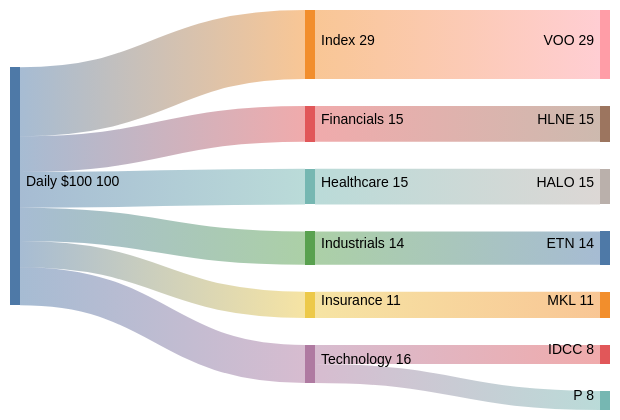
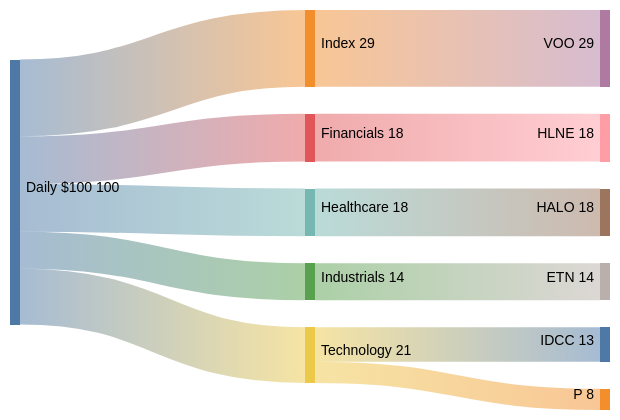
Before and after one commit to CynicDog/investment: the diagram in portfolio/dashboards/dca-flow.md, drawn with Mermaid (forest theme).

Commit message:
chore(dashboards): regenerate from 8db337d

````diff
--- a/portfolio/dashboards/dca-flow.md
+++ b/portfolio/dashboards/dca-flow.md
@@ -5,21 +5,19 @@
 ```mermaid
 ---
 config:
   sankey:
     showValues: true
 ---
 sankey-beta
 Daily $100,Index,29
-Daily $100,Financials,15
-Daily $100,Healthcare,15
+Daily $100,Financials,18
+Daily $100,Healthcare,18
 Daily $100,Industrials,14
-Daily $100,Insurance,11
-Daily $100,Technology,16
+Daily $100,Technology,21
 Index,VOO,29
-Financials,HLNE,15
-Healthcare,HALO,15
+Financials,HLNE,18
+Healthcare,HALO,18
 Industrials,ETN,14
-Insurance,MKL,11
-Technology,IDCC,8
+Technology,IDCC,13
 Technology,P,8
 ```
````
